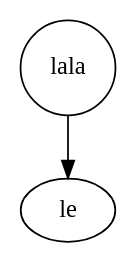
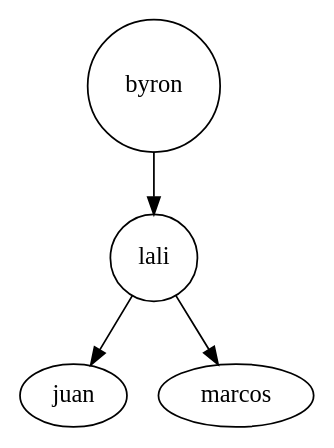
Before and after one commit to ByLy23/Scrabble_CPP: the diagram in ArbolBinBusqueda.dot, drawn with Graphviz. The commit also changed 22 other files, not shown here.

```diff
--- a/ArbolBinBusqueda.dot
+++ b/ArbolBinBusqueda.dot
@@ -1,6 +1,10 @@
 digraph graficaArbolito{ 
  linkdir=LR 
-lala[shape= circle label="lala"];
+byron[shape= circle label="byron"];
+lali[shape= circle label="lali"];
+lali[shape= circle label="lali"];
 
-lala->le
+byron->lali
+lali->juan
+lali->marcos
 }
```
